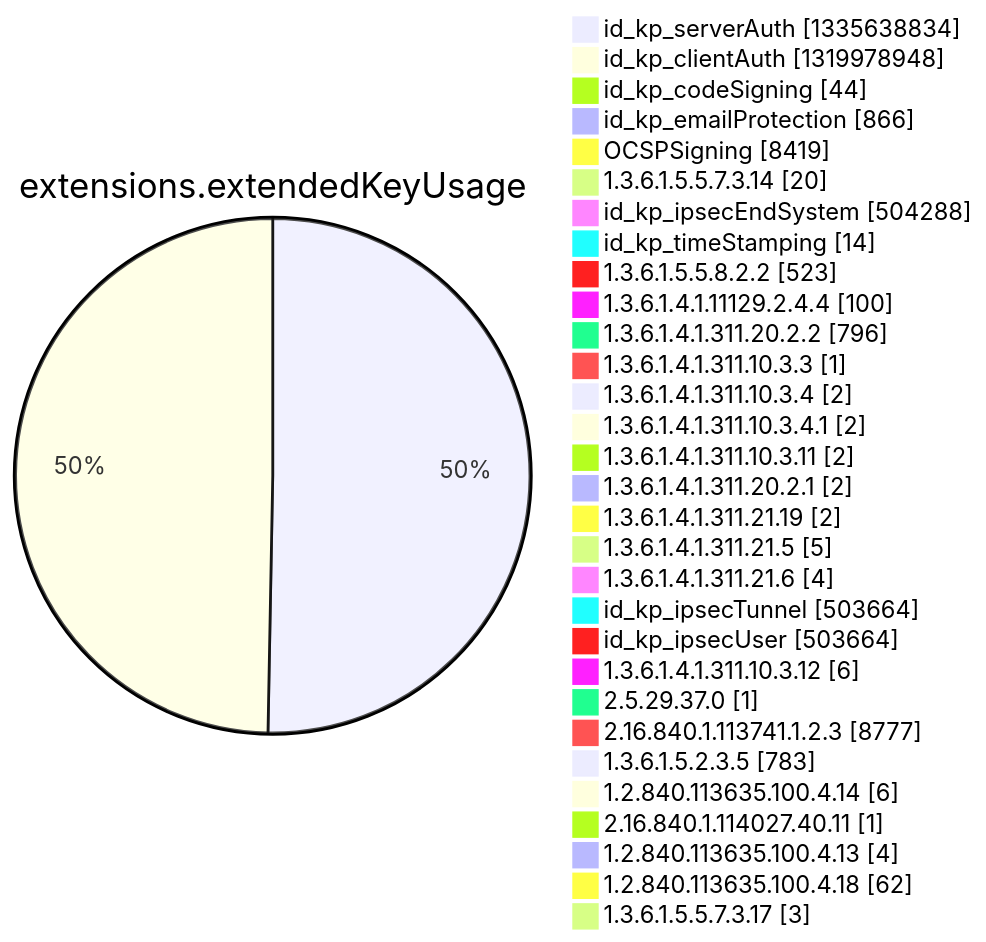
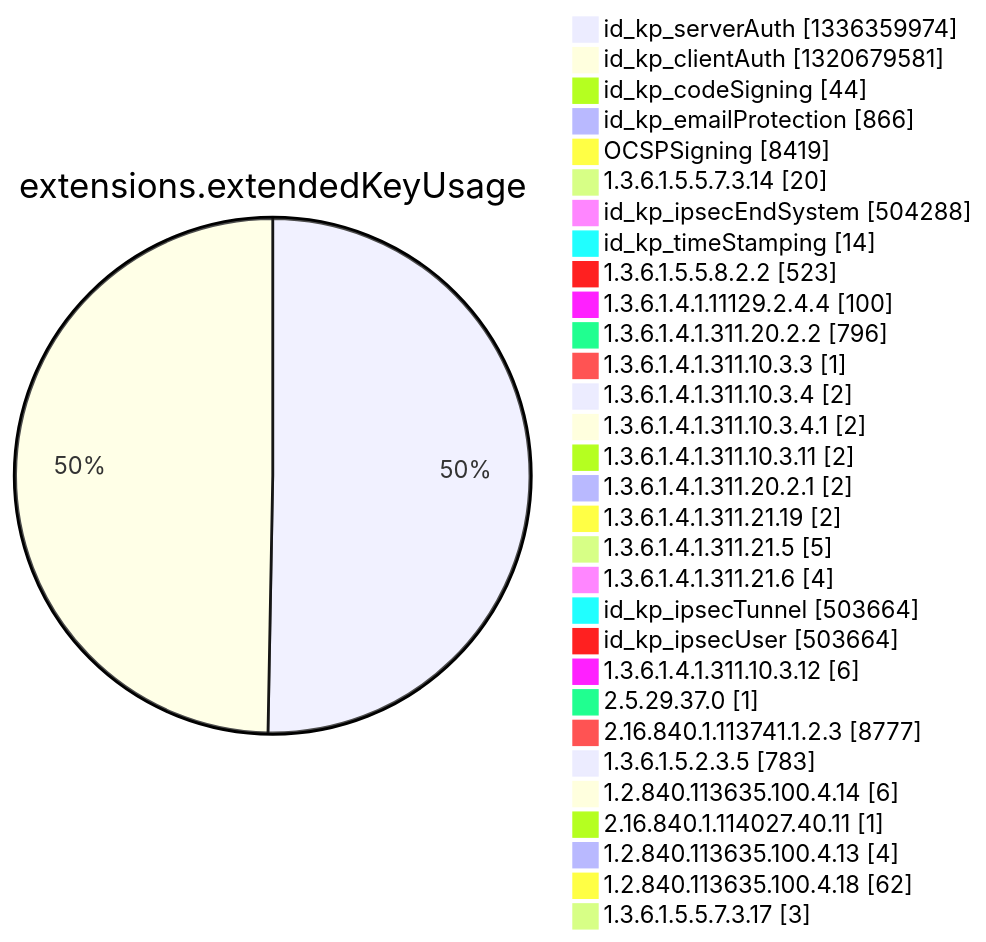
Diagram 12 of 15 in argon2022/README.md (christiankrug/ctmonitor_visualization), drawn with Mermaid before and after one commit. The commit also changed other lines of this file, not shown here.

````diff
--- a/argon2022/README.md
+++ b/argon2022/README.md
@@ -3553,34 +3553,34 @@
 ```mermaid
 pie showData
 title extensions.extendedKeyUsage
-"id_kp_serverAuth" :1335638834
-"id_kp_clientAuth" :1319978948
+"id_kp_serverAuth" :1336359974
+"id_kp_clientAuth" :1320679581
 "id_kp_codeSigning" :44
 "id_kp_emailProtection" :866
 "OCSPSigning" :8419
 "1.3.6.1.5.5.7.3.14" :20
 "id_kp_ipsecEndSystem" :504288
 "id_kp_timeStamping" :14
 "1.3.6.1.5.5.8.2.2" :523
 "1.3.6.1.4.1.11129.2.4.4" :100
 "1.3.6.1.4.1.311.20.2.2" :796
 "1.3.6.1.4.1.311.10.3.3" :1
 "1.3.6.1.4.1.311.10.3.4" :2
 "1.3.6.1.4.1.311.10.3.4.1" :2
 "1.3.6.1.4.1.311.10.3.11" :2
 "1.3.6.1.4.1.311.20.2.1" :2
 "1.3.6.1.4.1.311.21.19" :2
 "1.3.6.1.4.1.311.21.5" :5
 "1.3.6.1.4.1.311.21.6" :4
 "id_kp_ipsecTunnel" :503664
 "id_kp_ipsecUser" :503664
 "1.3.6.1.4.1.311.10.3.12" :6
 "2.5.29.37.0" :1
 "2.16.840.1.113741.1.2.3" :8777
 "1.3.6.1.5.2.3.5" :783
 "1.2.840.113635.100.4.14" :6
 "2.16.840.1.114027.40.11" :1
 "1.2.840.113635.100.4.13" :4
 "1.2.840.113635.100.4.18" :62
 "1.3.6.1.5.5.7.3.17" :3
 ```
````
